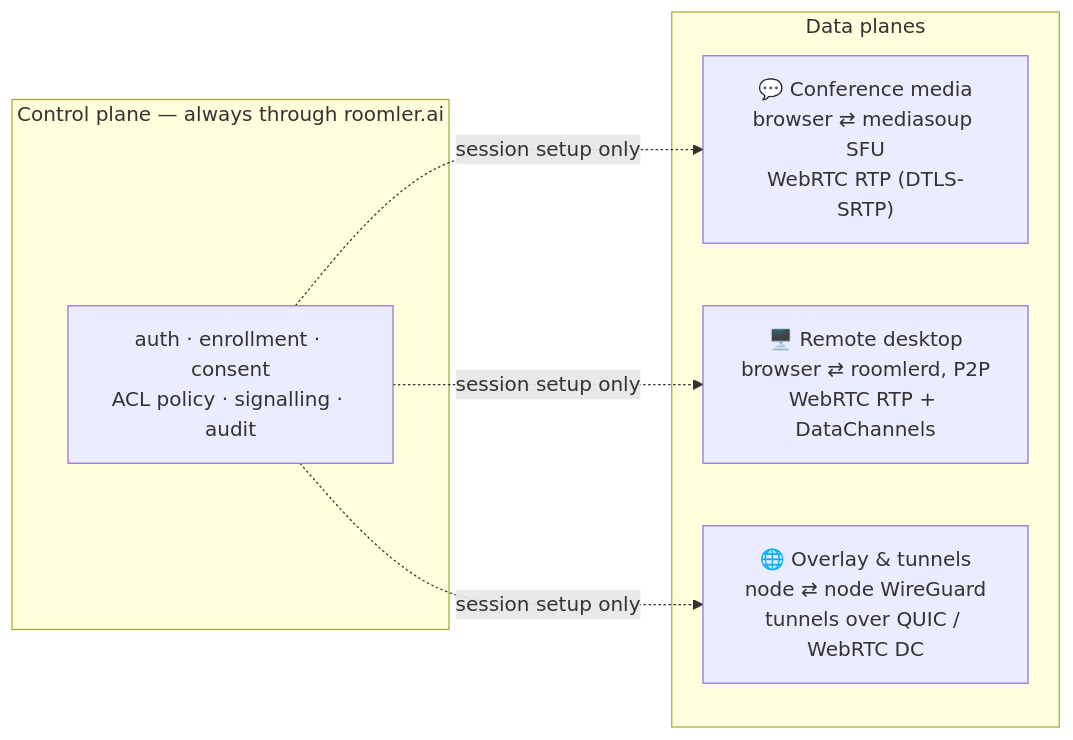
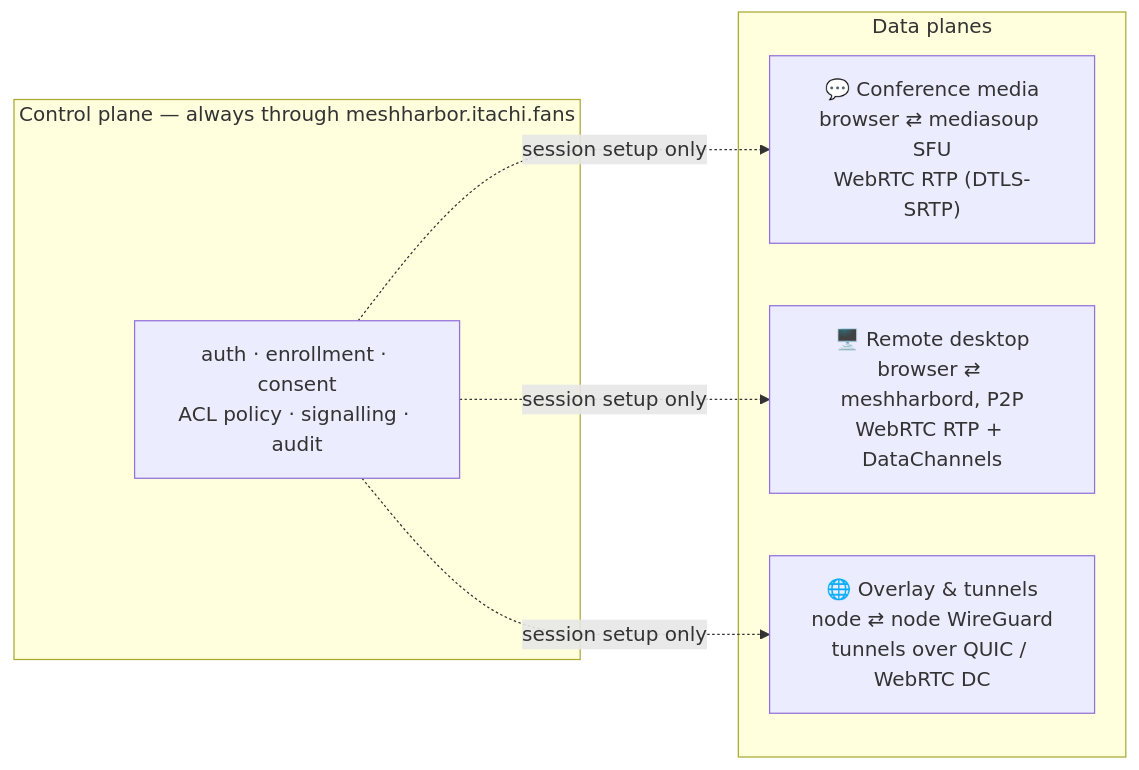
The second of 4 diagrams in docs/architecture.md (jk-zhang-meta/MeshHarbor), drawn with Mermaid before and after one commit. The commit also changed other lines of this file and 682 other files, not shown here.

````diff
--- a/docs/architecture.md
+++ b/docs/architecture.md
@@ -61,14 +61,14 @@
 ```mermaid
 flowchart LR
-    subgraph cp["Control plane — always through roomler.ai"]
+    subgraph cp["Control plane — always through meshharbor.itachi.fans"]
         C1["auth · enrollment · consent<br/>ACL policy · signalling · audit"]
     end
 
     subgraph dp["Data planes"]
         P1["💬 Conference media<br/>browser ⇄ mediasoup SFU<br/>WebRTC RTP (DTLS-SRTP)"]
-        P2["🖥️ Remote desktop<br/>browser ⇄ roomlerd, P2P<br/>WebRTC RTP + DataChannels"]
+        P2["🖥️ Remote desktop<br/>browser ⇄ meshharbord, P2P<br/>WebRTC RTP + DataChannels"]
         P3["🌐 Overlay & tunnels<br/>node ⇄ node WireGuard<br/>tunnels over QUIC / WebRTC DC"]
     end
 
     C1 -.->|"session setup only"| P1 & P2 & P3
 ```
````
